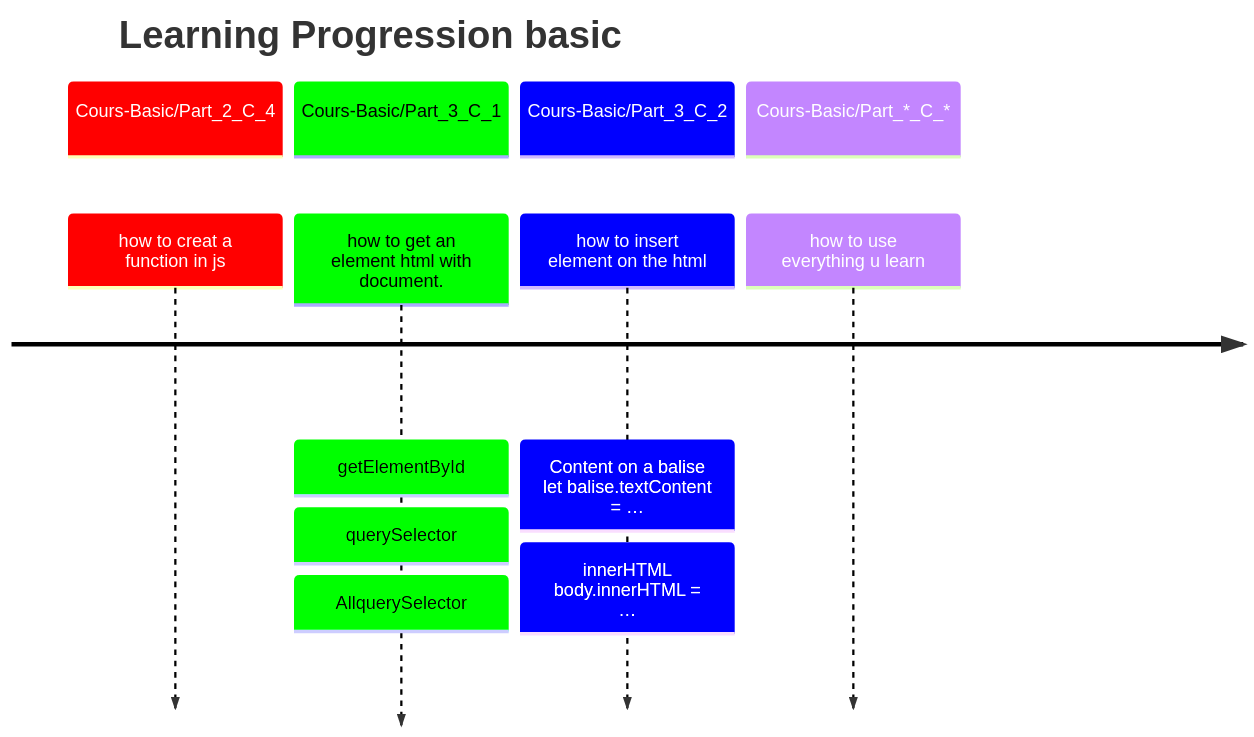
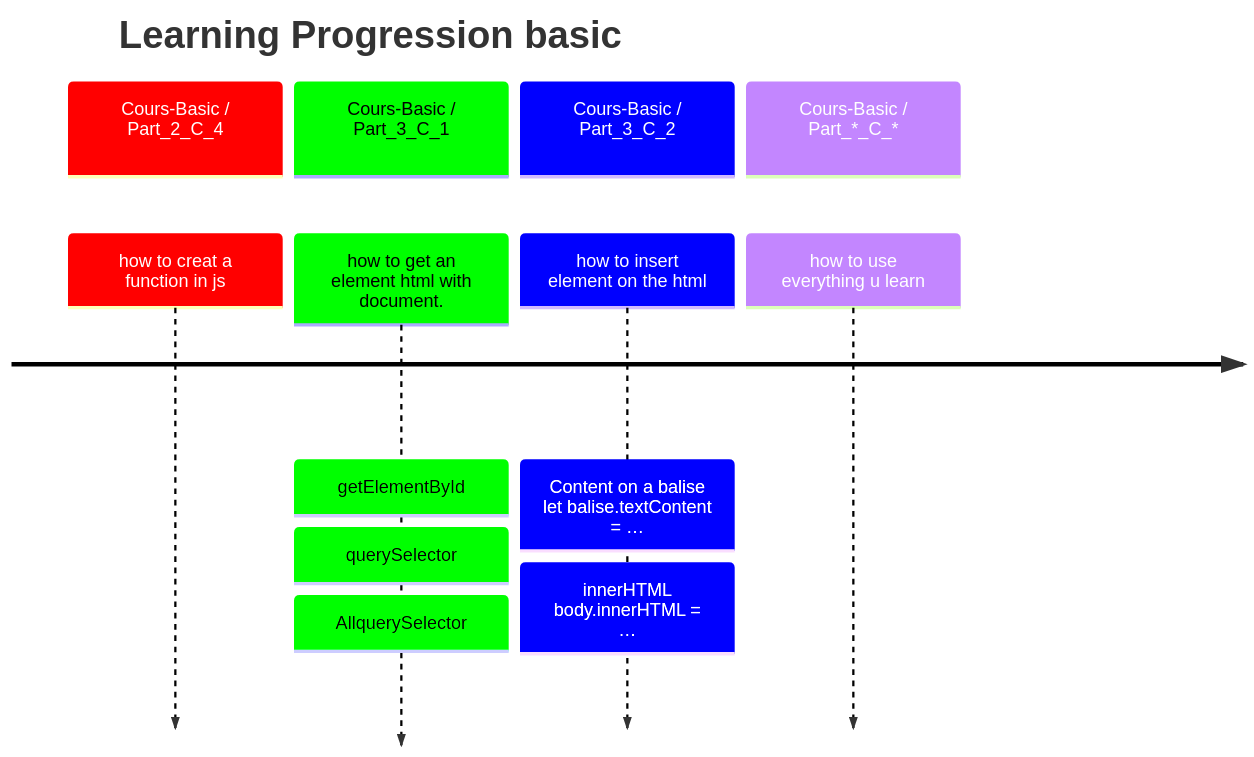
Before and after one commit to Lzozoflo/JavaScript_openclassroom: the first of 2 diagrams in ReadMe.md, drawn with Mermaid. The commit also changed other lines of this file and 1 other file, not shown here.

````diff
--- a/ReadMe.md
+++ b/ReadMe.md
@@ -77,29 +77,29 @@
 ```mermaid
 ---
 config:
   logLevel: debug
   theme: default
   themeVariables:
     cScale0: "#ff0000"
     cScaleLabel0: "#ffffff"
     cScale1: "#00ff00"
     cScale2: "#0000ff"
     cScaleLabel2: "#ffffff"
 ---
 timeline
     title Learning Progression basic
 
-    section Cours-Basic/Part_2_C_4 
+    section Cours-Basic / Part_2_C_4 
         how to creat a function in js
-    section Cours-Basic/Part_3_C_1
+    section Cours-Basic / Part_3_C_1
         how to get an element html with<br>document.:
             getElementById:
             querySelector:
             AllquerySelector
-    section Cours-Basic/Part_3_C_2
+    section Cours-Basic / Part_3_C_2
         how to insert element on the html:
             Content on a balise<br>let balise.textContent = …:
             innerHTML<br>body.innerHTML = …
-    section Cours-Basic/Part_*_C_*
+    section Cours-Basic / Part_*_C_*
         how to use everything u learn
 ```
````
